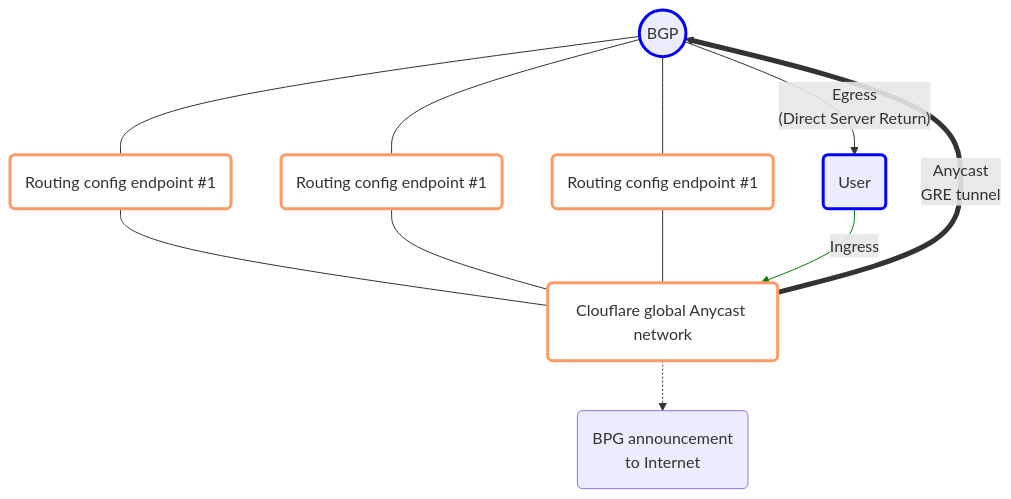
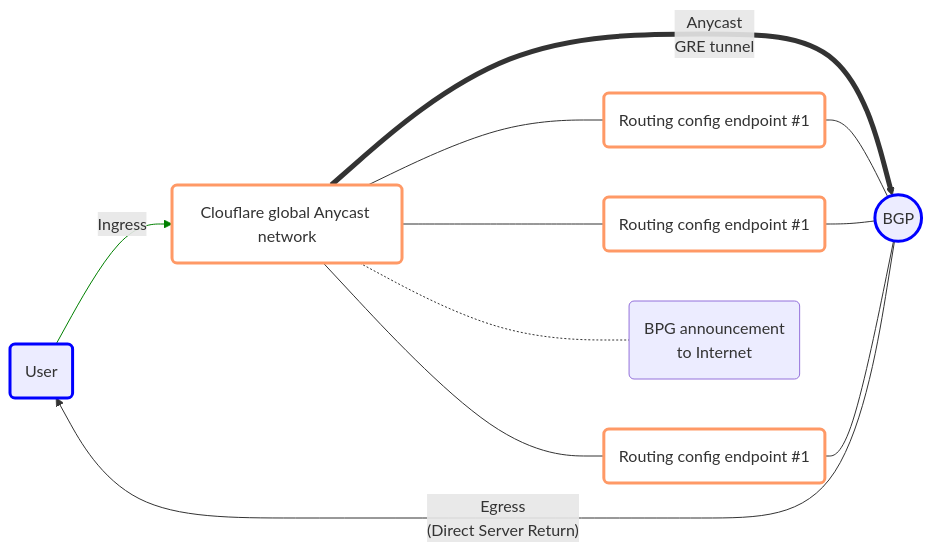
One commit to cloudflare/cloudflare-docs changed the diagram in content/magic-transit/how-to/advertise-prefixes.md. Above: the diagram before and after it, drawn with Mermaid. The commit also changed other lines of this file, not shown here.

Commit message:
corrected position and colors

````diff
--- a/content/magic-transit/how-to/advertise-prefixes.md
+++ b/content/magic-transit/how-to/advertise-prefixes.md
@@ -78,16 +78,18 @@
 ```mermaid
-flowchart TB
+flowchart LR
 accTitle: Border Gateway Control advertisements
 accDescr: Use BGP to control the status of your prefix.
-c((BGP)) --- d("Routing config endpoint #1") & e("Routing config endpoint #1") & f("Routing config endpoint #1") --- b(Clouflare global Anycast network)
+
 a(User)-- Ingress -->b(Clouflare global Anycast network) == Anycast <br> GRE tunnel ==> c((BGP))
+b(Clouflare global Anycast network) --- d("Routing config endpoint #1") & e("Routing config endpoint #1") & f("Routing config endpoint #1") --- c((BGP))
 c((BGP))-- "Egress <br> (Direct Server Return)" -->a(User)
-b(Clouflare global Anycast network)-.->z(BPG announcement <br> to Internet)
+b(Clouflare global Anycast network)-.-z(BPG announcement <br> to Internet)
+
 classDef orangestroke fill:white,stroke:#f96,stroke-width:3px
 classDef blue stroke:blue,stroke-width:3px
-linkStyle 6 stroke:green
-linkStyle 7 stroke-width:5px
+linkStyle 0 stroke:green
+linkStyle 1 stroke-width:5px
 class d,e,f orangestroke
 class a,c blue
 class b orangestroke
 ```
````
